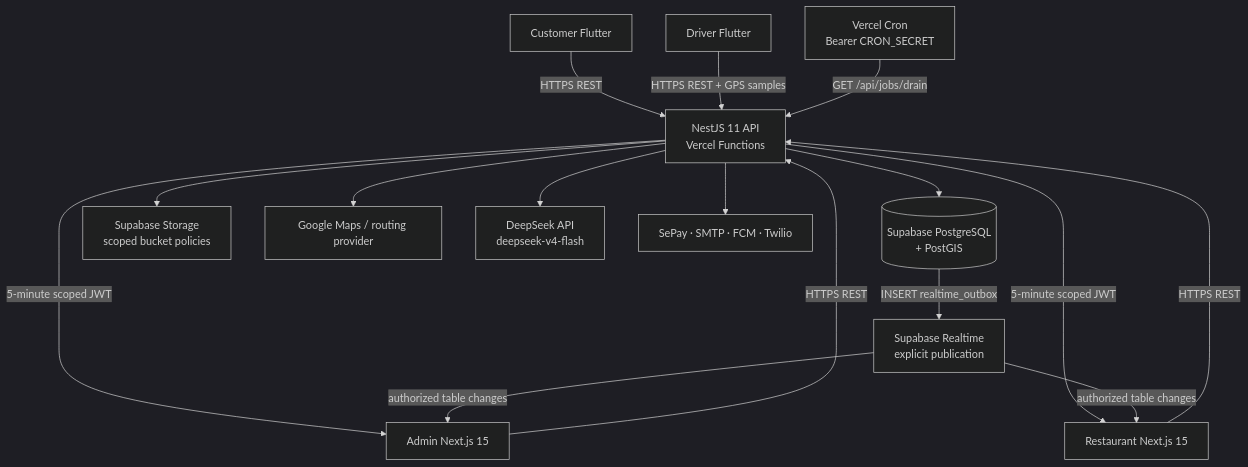
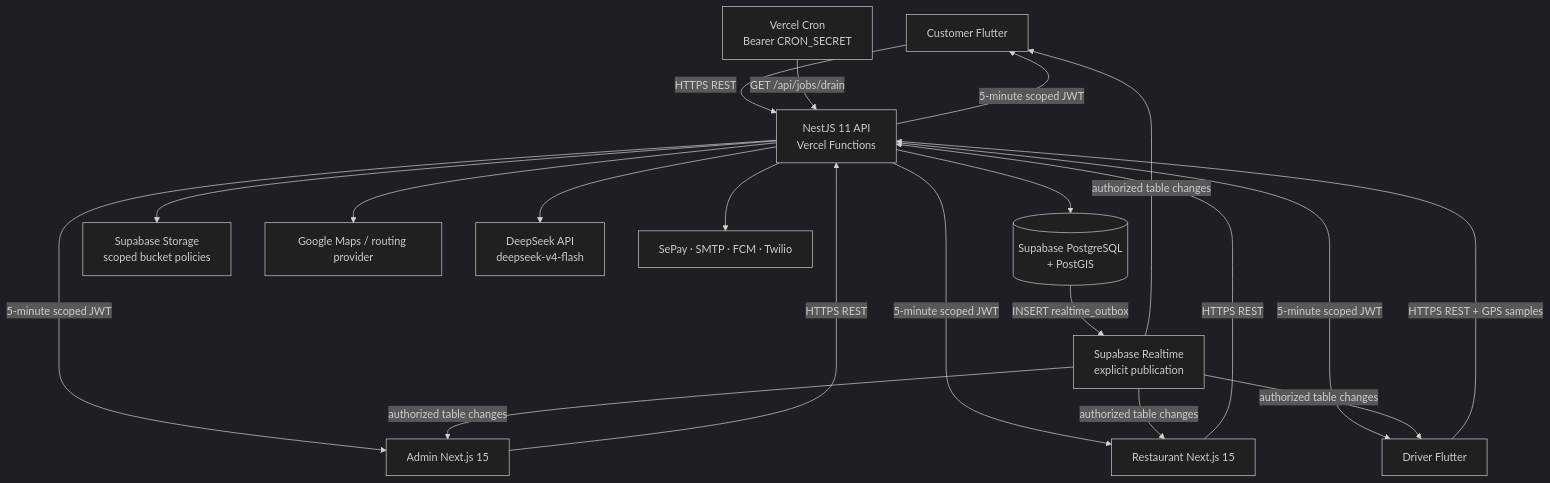
One commit to JasonTM17/FoodDelivery_App changed the first of 4 diagrams in docs/system-architecture.md. Above: the diagram before and after it, drawn with Mermaid (dark theme). The commit also changed other lines of this file and 26 other files, not shown here.

````diff
--- a/docs/system-architecture.md
+++ b/docs/system-architecture.md
@@ -11,31 +11,35 @@
 ```mermaid
 flowchart TB
     Customer["Customer Flutter"]
     Driver["Driver Flutter"]
     Admin["Admin Next.js 15"]
     Restaurant["Restaurant Next.js 15"]
     API["NestJS 11 API\nVercel Functions"]
     Cron["Vercel Cron\nBearer CRON_SECRET"]
     DB[("Supabase PostgreSQL\n+ PostGIS")]
     Realtime["Supabase Realtime\nexplicit publication"]
     Storage["Supabase Storage\nscoped bucket policies"]
     Maps["Google Maps / routing provider"]
     AI["DeepSeek API\ndeepseek-v4-flash"]
     Integrations["SePay · SMTP · FCM · Twilio"]
 
     Customer -->|HTTPS REST| API
     Driver -->|HTTPS REST + GPS samples| API
     Admin -->|HTTPS REST| API
     Restaurant -->|HTTPS REST| API
     API --> DB
     API --> Storage
     API --> Maps
     API --> AI
     API --> Integrations
     Cron -->|GET /api/jobs/drain| API
     DB -->|INSERT realtime_outbox| Realtime
     API -->|5-minute scoped JWT| Admin
     API -->|5-minute scoped JWT| Restaurant
+    API -->|5-minute scoped JWT| Customer
+    API -->|5-minute scoped JWT| Driver
     Realtime -->|authorized table changes| Admin
     Realtime -->|authorized table changes| Restaurant
+    Realtime -->|authorized table changes| Customer
+    Realtime -->|authorized table changes| Driver
 ```
````
